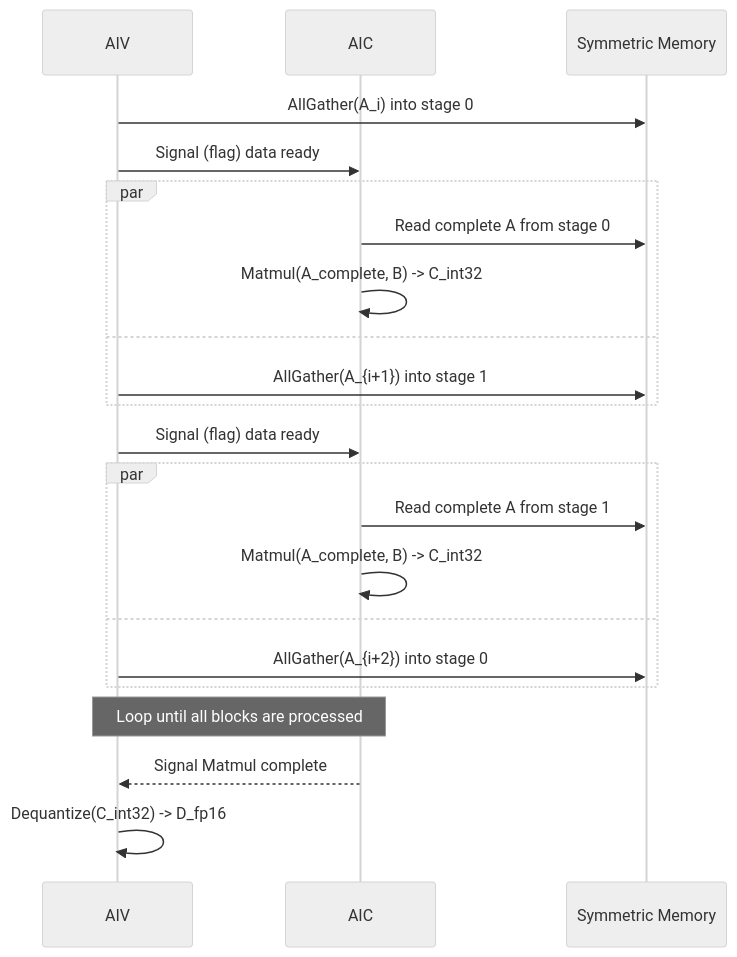
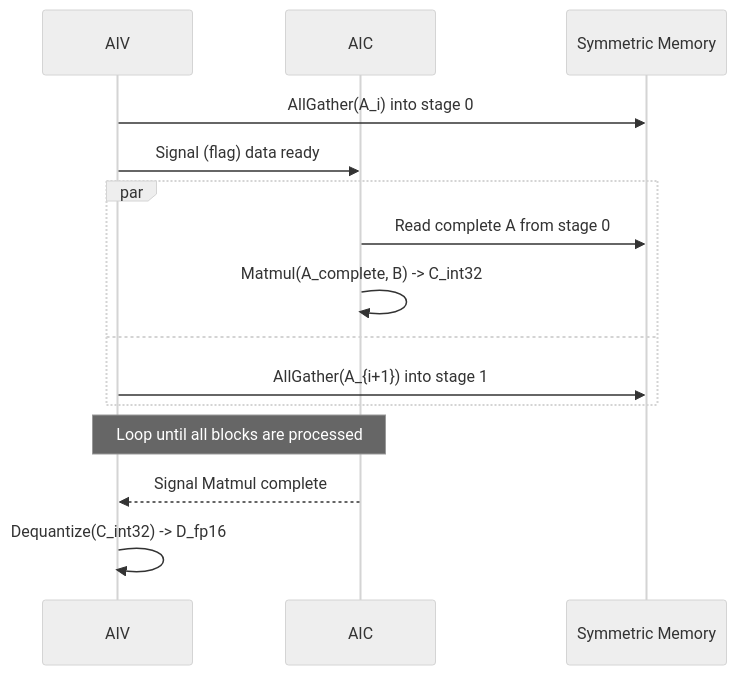
Before and after one commit to BillionsRichard/mm_rs_with_catlass: the second of 2 diagrams in examples/allgather_matmul_dequant/README.md, drawn with Mermaid (neutral theme). The commit also changed other lines of this file and 3 other files, not shown here.

````diff
--- a/examples/allgather_matmul_dequant/README.md
+++ b/examples/allgather_matmul_dequant/README.md
@@ -141,30 +143,21 @@
 ```mermaid
 sequenceDiagram
     participant AIV
     participant AIC
     participant Symmetric Memory
     
     AIV->>Symmetric Memory: AllGather(A_i) into stage 0
     AIV->>AIC: Signal (flag) data ready
     
     par
         AIC->>Symmetric Memory: Read complete A from stage 0
         AIC->>AIC: Matmul(A_complete, B) -> C_int32
     and
         AIV->>Symmetric Memory: AllGather(A_{i+1}) into stage 1
     end
     
-    AIV->>AIC: Signal (flag) data ready
-    
-    par
-        AIC->>Symmetric Memory: Read complete A from stage 1
-        AIC->>AIC: Matmul(A_complete, B) -> C_int32
-    and
-        AIV->>Symmetric Memory: AllGather(A_{i+2}) into stage 0
-    end
-
     Note over AIV, AIC: Loop until all blocks are processed
 
     AIC-->>AIV: Signal Matmul complete
     AIV->>AIV: Dequantize(C_int32) -> D_fp16
 ```
````
